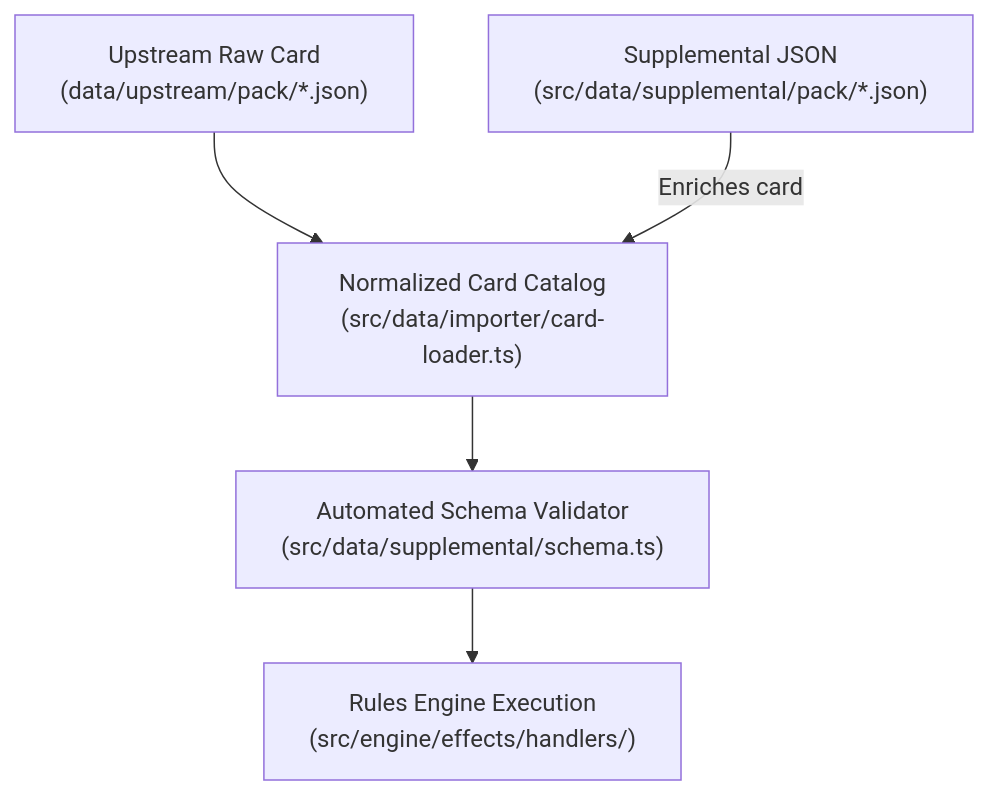
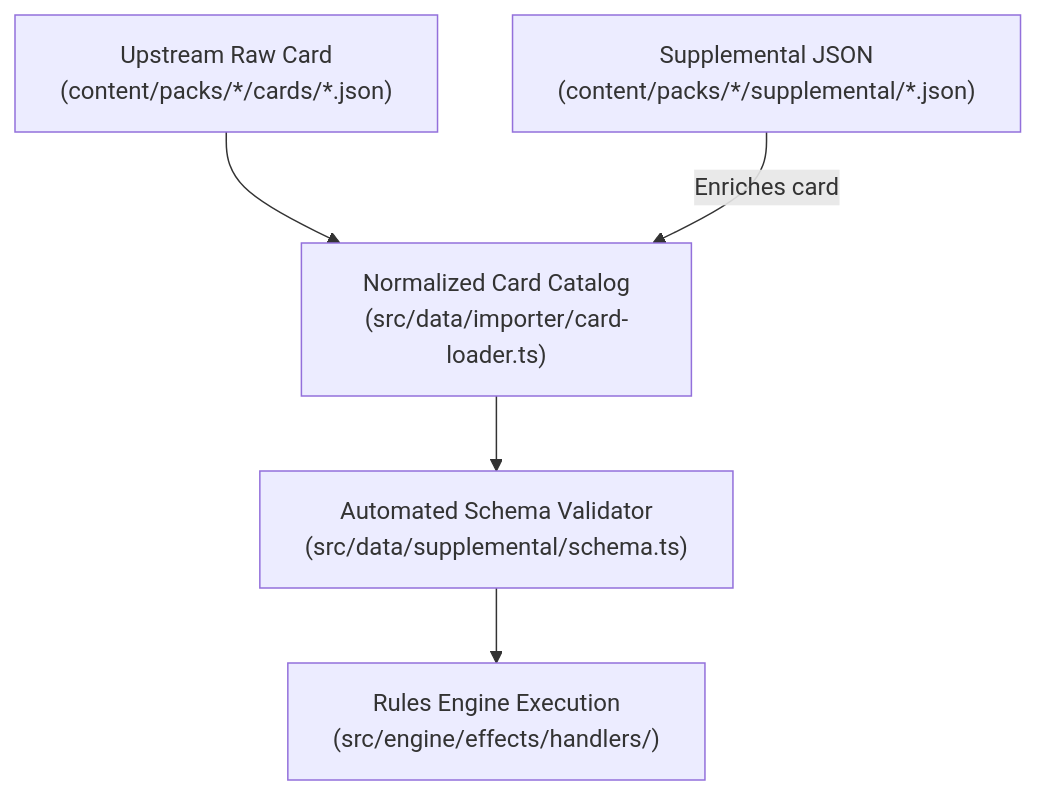
The diagram in docs/specifications/supplemental/README.md (SteveRodrigue/MCD), drawn with Mermaid before and after one commit. The commit also changed 836 other files, not shown here.

First line of the commit message:
refactor(data,engine): Move official content into the content/ pack layout (M4) (#531)

````diff
--- a/docs/specifications/supplemental/README.md
+++ b/docs/specifications/supplemental/README.md
@@ -44,7 +44,7 @@
 ```mermaid
 flowchart TD
-    A["Upstream Raw Card<br/>(data/upstream/pack/*.json)"] --> B["Normalized Card Catalog<br/>(src/data/importer/card-loader.ts)"]
-    C["Supplemental JSON<br/>(src/data/supplemental/pack/*.json)"] -->|Enriches card| B
+    A["Upstream Raw Card<br/>(content/packs/*/cards/*.json)"] --> B["Normalized Card Catalog<br/>(src/data/importer/card-loader.ts)"]
+    C["Supplemental JSON<br/>(content/packs/*/supplemental/*.json)"] -->|Enriches card| B
     B --> D["Automated Schema Validator<br/>(src/data/supplemental/schema.ts)"]
     D --> E["Rules Engine Execution<br/>(src/engine/effects/handlers/)"]
 ```
````
